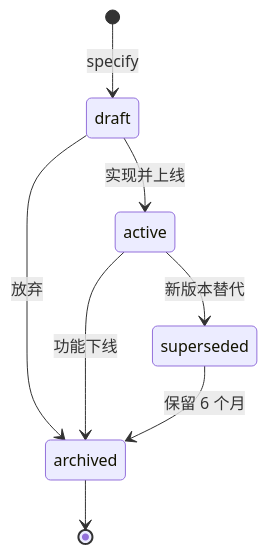
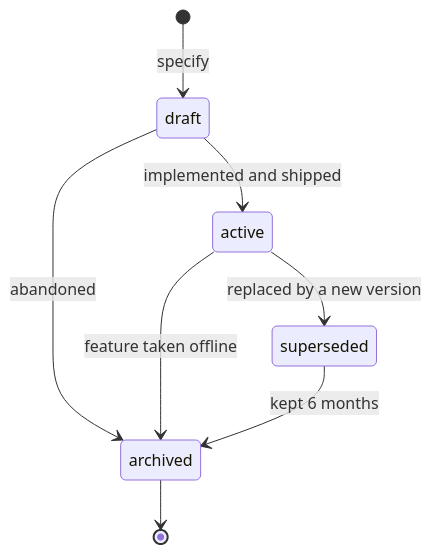
One commit to xzlxiao/vibe-coding-textbook changed the first of 2 diagrams in phase2/chapters/ch12-spec-library.md. Above: the diagram before and after it, drawn with Mermaid. The commit also changed other lines of this file and 15 other files, not shown here.

````diff
--- a/phase2/chapters/ch12-spec-library.md
+++ b/phase2/chapters/ch12-spec-library.md
@@ -70,10 +70,10 @@
 ```mermaid
 stateDiagram-v2
     [*] --> draft: specify
-    draft --> active: 实现并上线
-    draft --> archived: 放弃
-    active --> superseded: 新版本替代
-    active --> archived: 功能下线
-    superseded --> archived: 保留 6 个月
+    draft --> active: implemented and shipped
+    draft --> archived: abandoned
+    active --> superseded: replaced by a new version
+    active --> archived: feature taken offline
+    superseded --> archived: kept 6 months
     archived --> [*]
 ```
````
